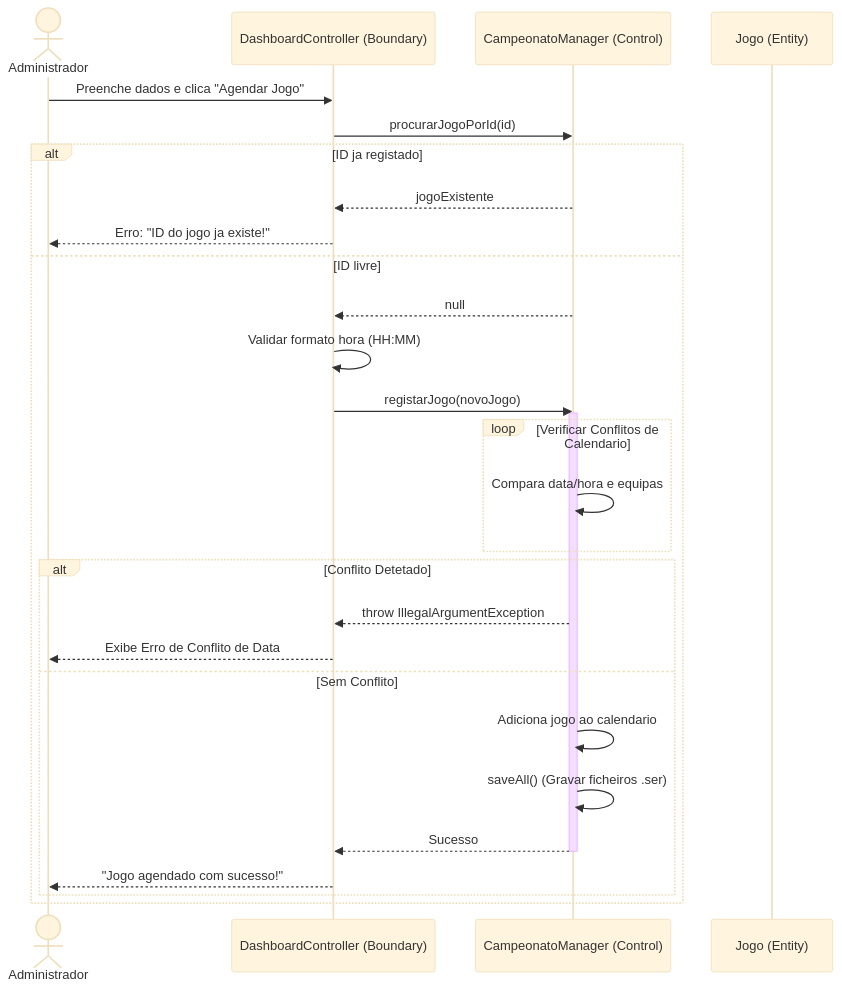
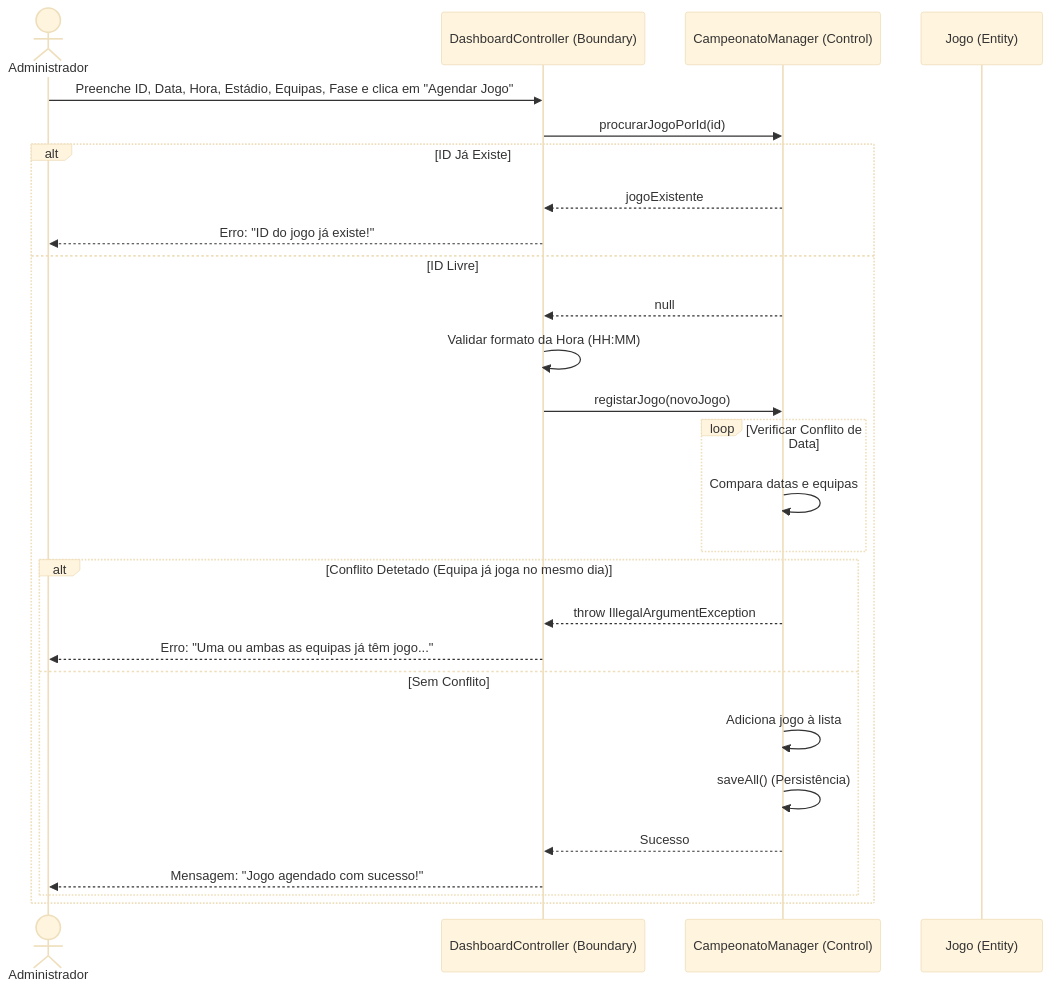
One commit to experimentos373-creator/ES changed the second of 6 diagrams in documentacao_fase2/9_diagramas_sequencia_mermaid.md. Above: the diagram before and after it, drawn with Mermaid (base theme). The commit also changed other lines of this file, not shown here.

Commit message:
docs: add Mermaid sequence diagrams markdown file for GitHub rendering

````diff
--- a/documentacao_fase2/9_diagramas_sequencia_mermaid.md
+++ b/documentacao_fase2/9_diagramas_sequencia_mermaid.md
@@ -14,32 +42,30 @@
 ```mermaid
 sequenceDiagram
     actor A as Administrador
     participant B as DashboardController (Boundary)
     participant C as CampeonatoManager (Control)
     participant E as Jogo (Entity)
 
-    A->>B: Preenche dados e clica "Agendar Jogo"
+    A->>B: Preenche ID, Data, Hora, Estádio, Equipas, Fase e clica em "Agendar Jogo"
     B->>C: procurarJogoPorId(id)
-    alt ID ja registado
+    alt ID Já Existe
         C-->>B: jogoExistente
-        B-->>A: Erro: "ID do jogo ja existe!"
-    else ID livre
+        B-->>A: Erro: "ID do jogo já existe!"
+    else ID Livre
         C-->>B: null
-        B->>B: Validar formato hora (HH:MM)
+        B->>B: Validar formato da Hora (HH:MM)
         B->>C: registarJogo(novoJogo)
-        activate C
-        loop Verificar Conflitos de Calendario
-            C->>C: Compara data/hora e equipas
+        loop Verificar Conflito de Data
+            C->>C: Compara datas e equipas
         end
-        alt Conflito Detetado
+        alt Conflito Detetado (Equipa já joga no mesmo dia)
             C-->>B: throw IllegalArgumentException
-            B-->>A: Exibe Erro de Conflito de Data
+            B-->>A: Erro: "Uma ou ambas as equipas já têm jogo..."
         else Sem Conflito
-            C->>C: Adiciona jogo ao calendario
-            C->>C: saveAll() (Gravar ficheiros .ser)
+            C->>C: Adiciona jogo à lista
+            C->>C: saveAll() (Persistência)
             C-->>B: Sucesso
-            deactivate C
-            B-->>A: "Jogo agendado com sucesso!"
+            B-->>A: Mensagem: "Jogo agendado com sucesso!"
         end
     end
 ```
````
